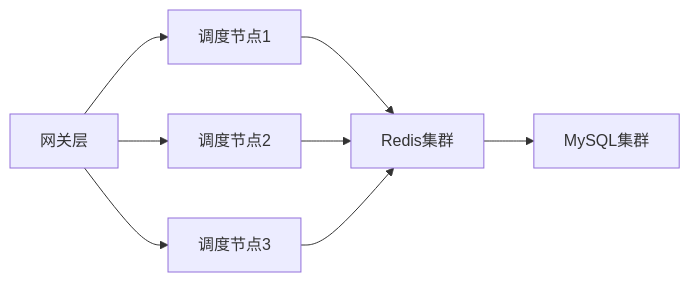
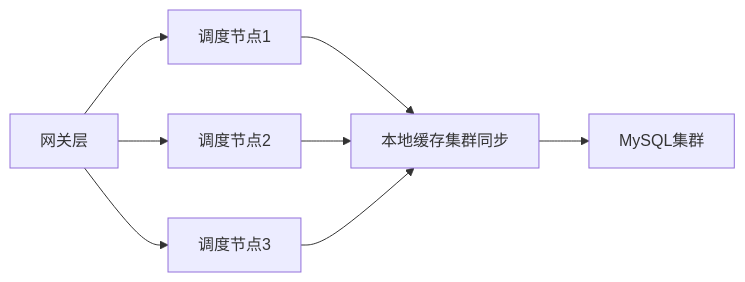
The second of 2 diagrams in readme.md (ysoq/task-dispatch), drawn with Mermaid before and after one commit. The commit also changed other lines of this file and 9 other files, not shown here.

````diff
--- a/readme.md
+++ b/readme.md
@@ -109,8 +114,8 @@
 ```mermaid
 graph LR
     A[网关层] --> B[调度节点1]
     A --> C[调度节点2]
     A --> D[调度节点3]
-    B & C & D --> E[Redis集群]
+    B & C & D --> E[本地缓存集群同步]
     E --> F[MySQL集群]
 ```
````
